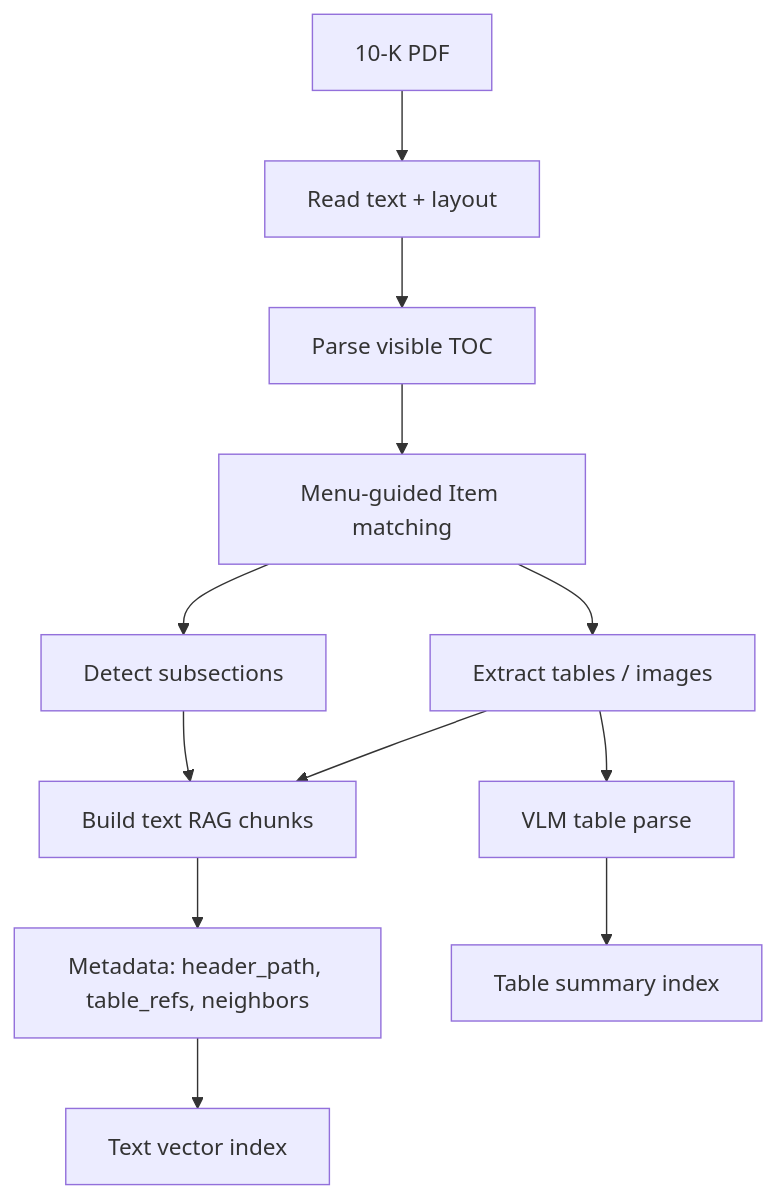
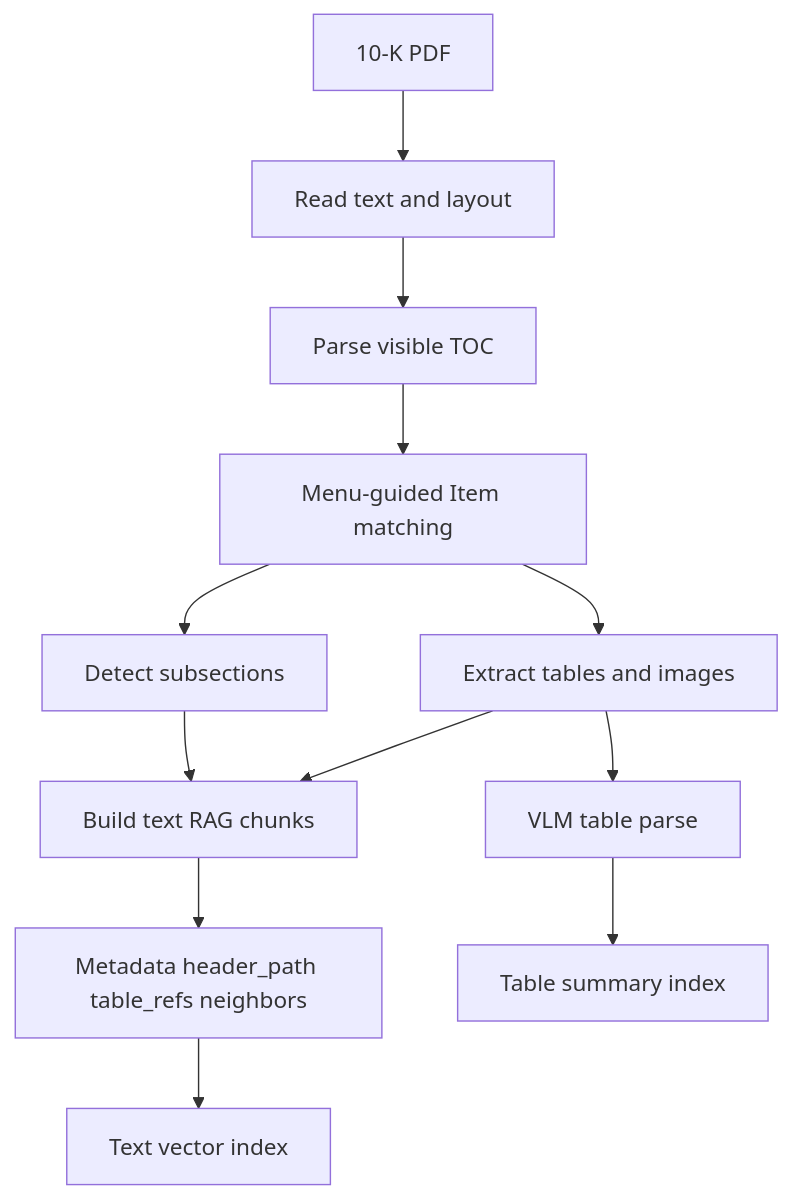
One commit to yichen0411/10k-agentic-rag changed the second of 3 diagrams in README.md. Above: the diagram before and after it, drawn with Mermaid. The commit also changed other lines of this file and 8 other files, not shown here.

````diff
--- a/README.md
+++ b/README.md
@@ -35,14 +35,14 @@
 ```mermaid
-flowchart TD
-  A[10-K PDF] --> B[Read text + layout]
-  B --> C[Parse visible TOC]
-  C --> D[Menu-guided Item matching]
-  D --> E[Detect subsections]
-  D --> F[Extract tables / images]
-  E --> G[Build text RAG chunks]
-  F --> G
-  G --> H[Metadata: header_path, table_refs, neighbors]
-  H --> I[Text vector index]
-  F --> J[VLM table parse]
-  J --> K[Table summary index]
+graph TD
+  a[10-K PDF] --> b[Read text and layout]
+  b --> c[Parse visible TOC]
+  c --> d[Menu-guided Item matching]
+  d --> e[Detect subsections]
+  d --> f[Extract tables and images]
+  e --> g[Build text RAG chunks]
+  f --> g
+  g --> h[Metadata header_path table_refs neighbors]
+  h --> i[Text vector index]
+  f --> j[VLM table parse]
+  j --> k[Table summary index]
 ```
````
